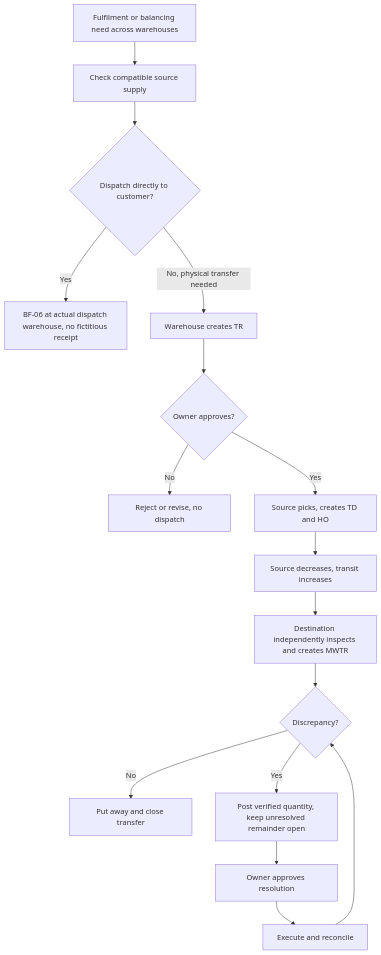
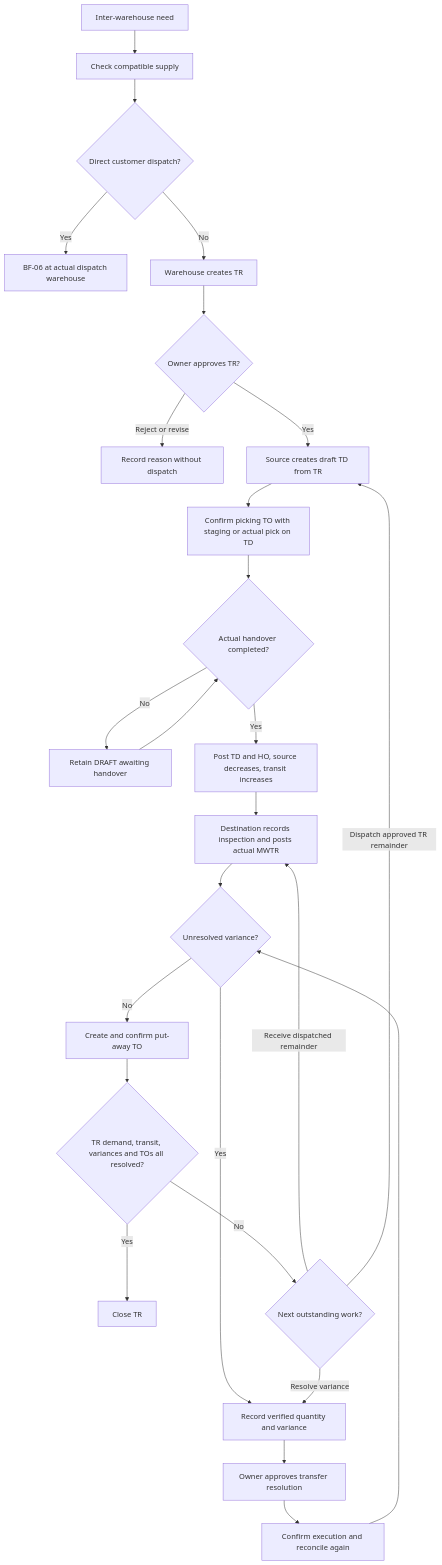
The fifth of 9 diagrams in docs/02_nghiep_vu/de_xuat_quy_trinh_2_EN.md (minhbach032003/docs_doan), drawn with Mermaid before and after one commit. The commit also changed other lines of this file and 3 other files, not shown here.

````diff
--- a/docs/02_nghiep_vu/de_xuat_quy_trinh_2_EN.md
+++ b/docs/02_nghiep_vu/de_xuat_quy_trinh_2_EN.md
@@ -710,18 +724,28 @@
 ```mermaid
 flowchart TD
- A[Fulfilment or balancing need across warehouses] --> B[Check compatible source supply]
- B --> C{Dispatch directly to customer?}
- C -->|Yes| D[BF-06 at actual dispatch warehouse, no fictitious receipt]
- C -->|No, physical transfer needed| E[Warehouse creates TR]
- E --> F{Owner approves?}
- F -->|No| G[Reject or revise, no dispatch]
- F -->|Yes| H[Source picks, creates TD and HO]
- H --> I[Source decreases, transit increases]
- I --> J[Destination independently inspects and creates MWTR]
- J --> K{Discrepancy?}
- K -->|No| L[Put away and close transfer]
- K -->|Yes| M[Post verified quantity, keep unresolved remainder open]
- M --> N[Owner approves resolution]
- N --> O[Execute and reconcile]
+ A[Inter-warehouse need] --> B[Check compatible supply]
+ B --> C{Direct customer dispatch?}
+ C -->|Yes| D[BF-06 at actual dispatch warehouse]
+ C -->|No| E[Warehouse creates TR]
+ E --> F{Owner approves TR?}
+ F -->|Reject or revise| G[Record reason without dispatch]
+ F -->|Yes| H[Source creates draft TD from TR]
+ H --> T[Confirm picking TO with staging or actual pick on TD]
+ T --> Q{Actual handover completed?}
+ Q -->|No| W[Retain DRAFT awaiting handover]
+ W --> Q
+ Q -->|Yes| I[Post TD and HO, source decreases, transit increases]
+ I --> J[Destination records inspection and posts actual MWTR]
+ J --> K{Unresolved variance?}
+ K -->|Yes| M[Record verified quantity and variance]
+ M --> N[Owner approves transfer resolution]
+ N --> O[Confirm execution and reconcile again]
  O --> K
+ K -->|No| L[Create and confirm put-away TO]
+ L --> R{TR demand, transit, variances and TOs all resolved?}
+ R -->|Yes| Z[Close TR]
+ R -->|No| P{Next outstanding work?}
+ P -->|Receive dispatched remainder| J
+ P -->|Dispatch approved TR remainder| H
+ P -->|Resolve variance| M
 ```
````
